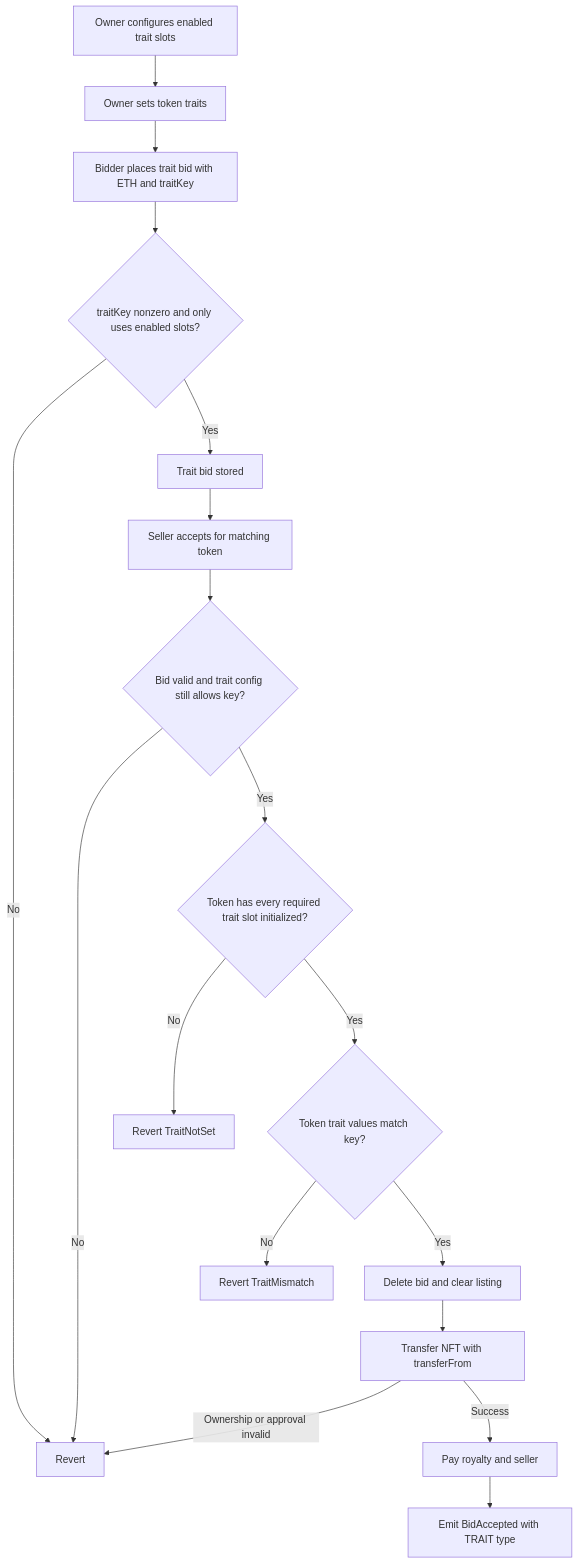
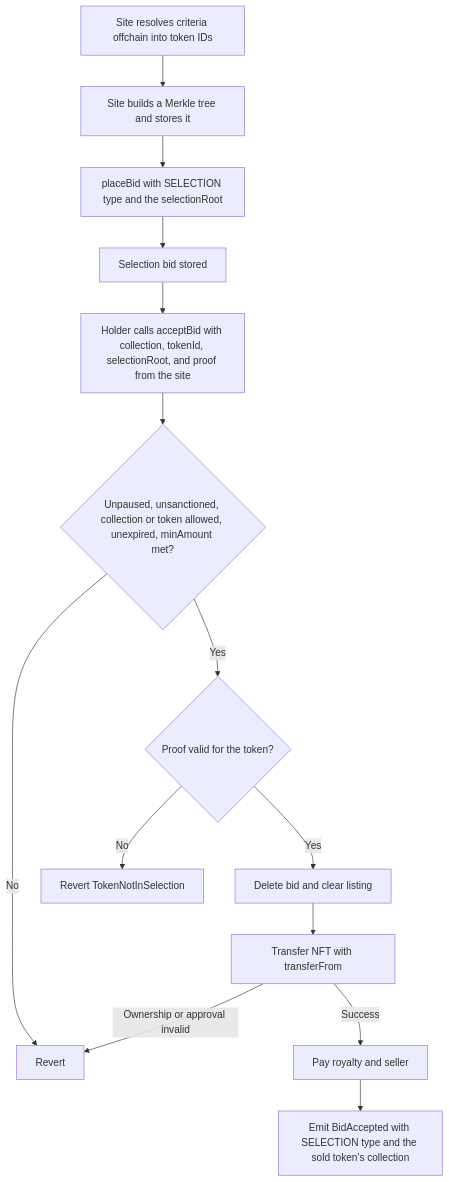
One commit to mpeyfuss/luci-market changed the fourth of 4 diagrams in README.md. Above: the diagram before and after it, drawn with Mermaid. The commit also changed other lines of this file and 14 other files, not shown here.

Commit message:
convert trait bids to selection bids for more future flexibility

````diff
--- a/README.md
+++ b/README.md
@@ -135,20 +124,16 @@
 ```mermaid
 flowchart TD
-    A[Owner configures enabled trait slots] --> B[Owner sets token traits]
-    B --> C[Bidder places trait bid with ETH and traitKey]
-    C --> D{traitKey nonzero and only uses enabled slots?}
-    D -- No --> X[Revert]
-    D -- Yes --> E[Trait bid stored]
-    E --> F[Seller accepts for matching token]
-    F --> G{Bid valid and trait config still allows key?}
-    G -- No --> X
-    G -- Yes --> H{Token has every required trait slot initialized?}
-    H -- No --> Y[Revert TraitNotSet]
-    H -- Yes --> I{Token trait values match key?}
-    I -- No --> Z[Revert TraitMismatch]
+    A[Site resolves criteria offchain into token IDs] --> B[Site builds a Merkle tree and stores it]
+    B --> C[placeBid with SELECTION type and the selectionRoot]
+    C --> F[Selection bid stored]
+    F --> G[Holder calls acceptBid with collection, tokenId, selectionRoot, and proof from the site]
+    G --> H{Unpaused, unsanctioned, collection or token allowed, unexpired, minAmount met?}
+    H -- No --> X[Revert]
+    H -- Yes --> I{Proof valid for the token?}
+    I -- No --> Y[Revert TokenNotInSelection]
     I -- Yes --> J[Delete bid and clear listing]
     J --> K[Transfer NFT with transferFrom]
     K -- Ownership or approval invalid --> X
     K -- Success --> L[Pay royalty and seller]
-    L --> M[Emit BidAccepted with TRAIT type]
+    L --> M[Emit BidAccepted with SELECTION type and the sold token's collection]
 ```
````
